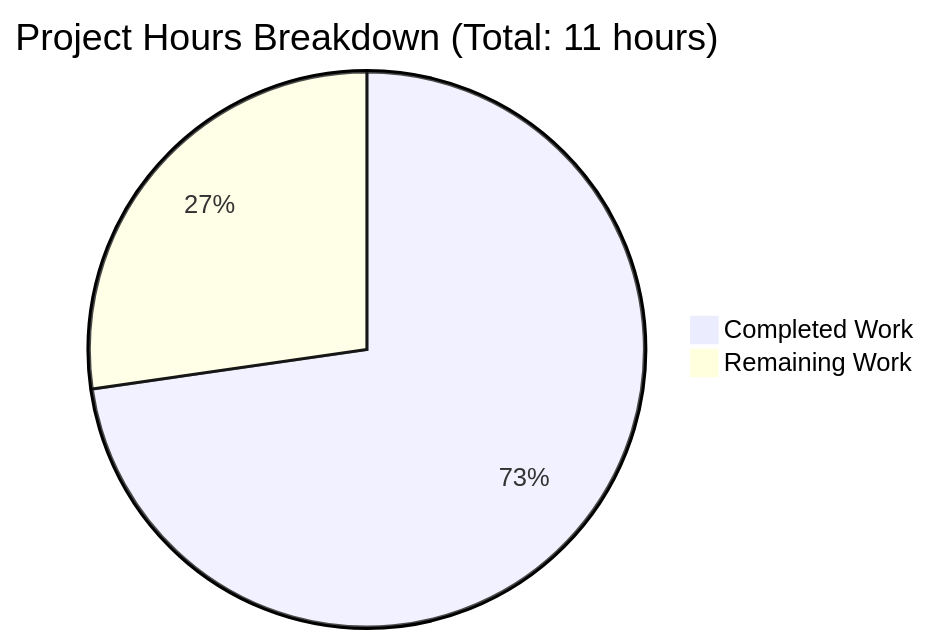
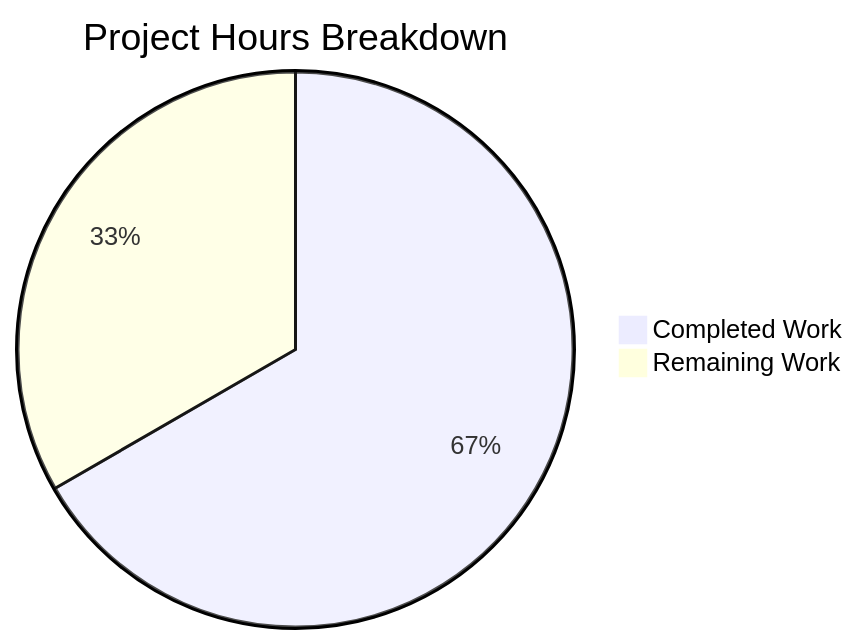
The second of 2 diagrams in blitzy/documentation/Project Guide.md (prasad-blitzy/quick-repo-4), drawn with Mermaid before and after one commit. The commit also changed other lines of this file, not shown here.

Commit message:
Adding Blitzy Project Guide: Project Status and Human Tasks Remaining

````diff
--- a/blitzy/documentation/Project Guide.md
+++ b/blitzy/documentation/Project Guide.md
@@ -43,5 +164,5 @@
 ```mermaid
-pie title Project Hours Breakdown (Total: 11 hours)
-    "Completed Work" : 8
-    "Remaining Work" : 3
+pie title Project Hours Breakdown
+    "Completed Work" : 1
+    "Remaining Work" : 0.5
 ```
````
